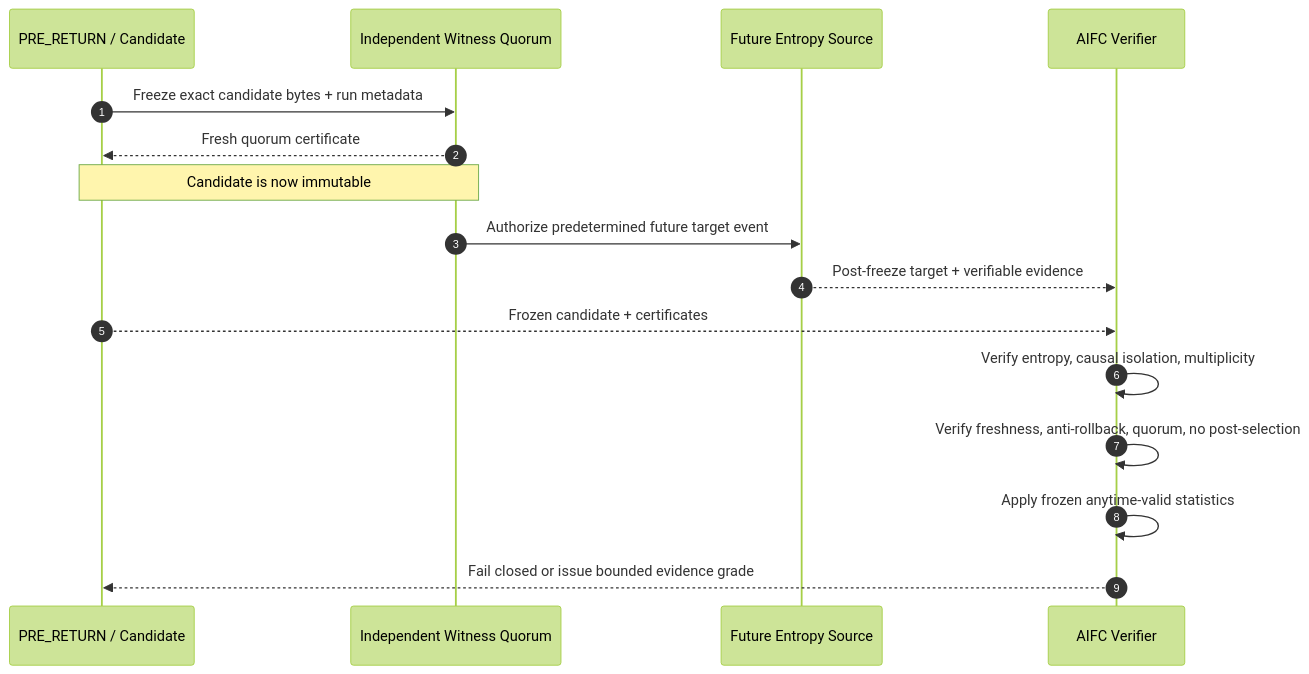
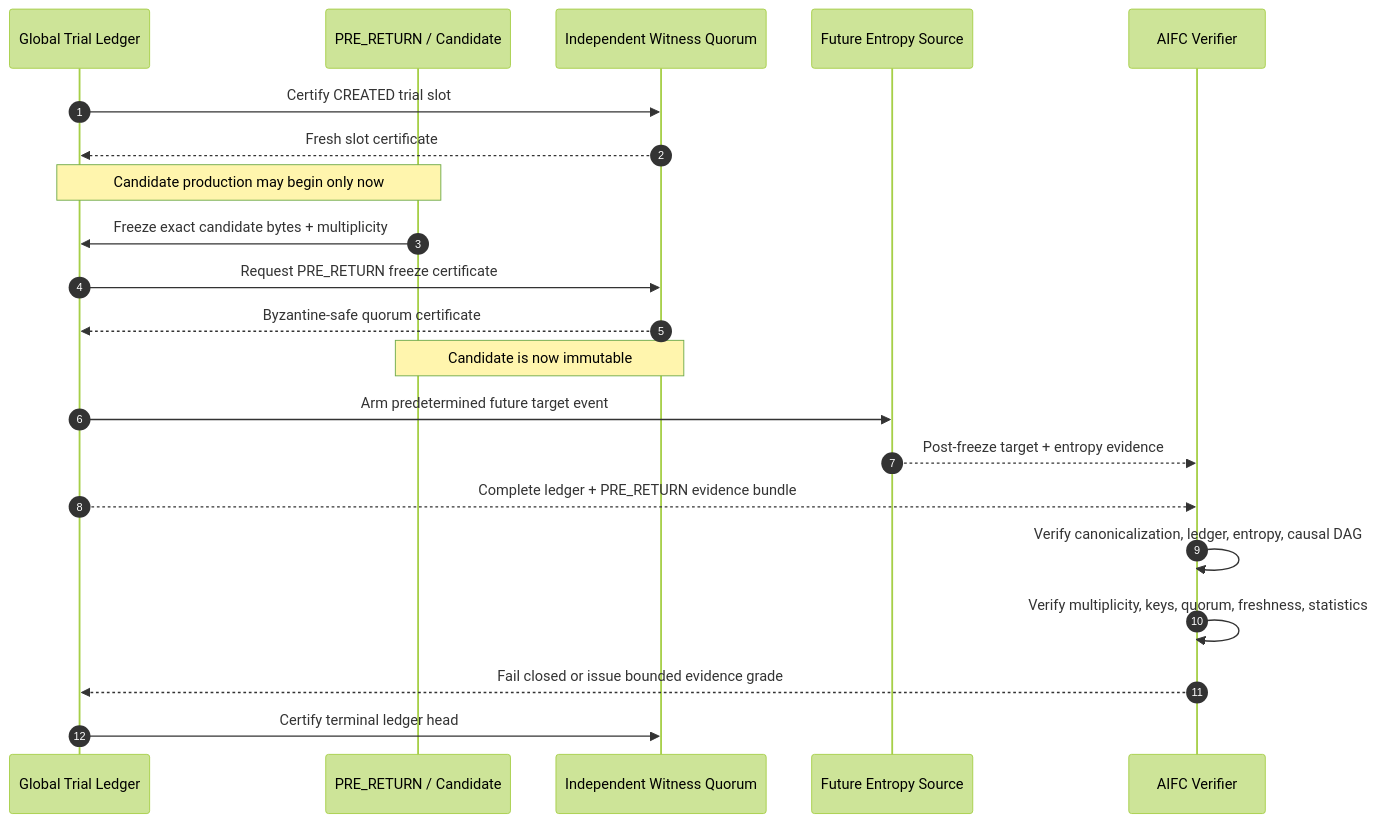
The diagram in README.md (Hawkar-usls/AIFC), drawn with Mermaid (forest theme) before and after one commit. The commit also changed other lines of this file, not shown here.

Commit message:
Surface proof-carrying ledger entropy and conformance hardening in README

````diff
--- a/README.md
+++ b/README.md
@@ -37,19 +38,24 @@
 ```mermaid
 sequenceDiagram
     autonumber
+    participant L as Global Trial Ledger
     participant R as PRE_RETURN / Candidate
     participant W as Independent Witness Quorum
     participant E as Future Entropy Source
     participant V as AIFC Verifier
 
-    R->>W: Freeze exact candidate bytes + run metadata
-    W-->>R: Fresh quorum certificate
+    L->>W: Certify CREATED trial slot
+    W-->>L: Fresh slot certificate
+    Note over L,R: Candidate production may begin only now
+    R->>L: Freeze exact candidate bytes + multiplicity
+    L->>W: Request PRE_RETURN freeze certificate
+    W-->>L: Byzantine-safe quorum certificate
     Note over R,W: Candidate is now immutable
-    W->>E: Authorize predetermined future target event
-    E-->>V: Post-freeze target + verifiable evidence
-    R-->>V: Frozen candidate + certificates
-    V->>V: Verify entropy, causal isolation, multiplicity
-    V->>V: Verify freshness, anti-rollback, quorum, no post-selection
-    V->>V: Apply frozen anytime-valid statistics
-    V-->>R: Fail closed or issue bounded evidence grade
+    L->>E: Arm predetermined future target event
+    E-->>V: Post-freeze target + entropy evidence
+    L-->>V: Complete ledger + PRE_RETURN evidence bundle
+    V->>V: Verify canonicalization, ledger, entropy, causal DAG
+    V->>V: Verify multiplicity, keys, quorum, freshness, statistics
+    V-->>L: Fail closed or issue bounded evidence grade
+    L->>W: Certify terminal ledger head
 ```
````
